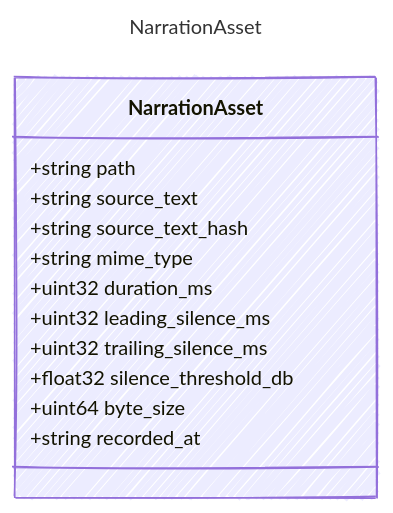
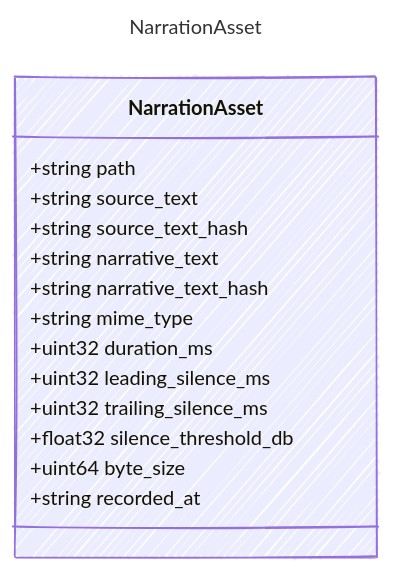
One commit to sethjuarez/cutready changed the diagram in contracts/generated/markdown/NarrationAsset.md. Above: the diagram before and after it, drawn with Mermaid. The commit also changed other lines of this file and 116 other files, not shown here.

````diff
--- a/contracts/generated/markdown/NarrationAsset.md
+++ b/contracts/generated/markdown/NarrationAsset.md
@@ -12,23 +12,25 @@
 ```mermaid
 ---
 title: NarrationAsset
 config:
   look: handDrawn
   theme: colorful
   class:
     hideEmptyMembersBox: true
 ---
 classDiagram
     class NarrationAsset {
         +string path
         +string source_text
         +string source_text_hash
+        +string narrative_text
+        +string narrative_text_hash
         +string mime_type
         +uint32 duration_ms
         +uint32 leading_silence_ms
         +uint32 trailing_silence_ms
         +float32 silence_threshold_db
         +uint64 byte_size
         +string recorded_at
     }
 ```
````
